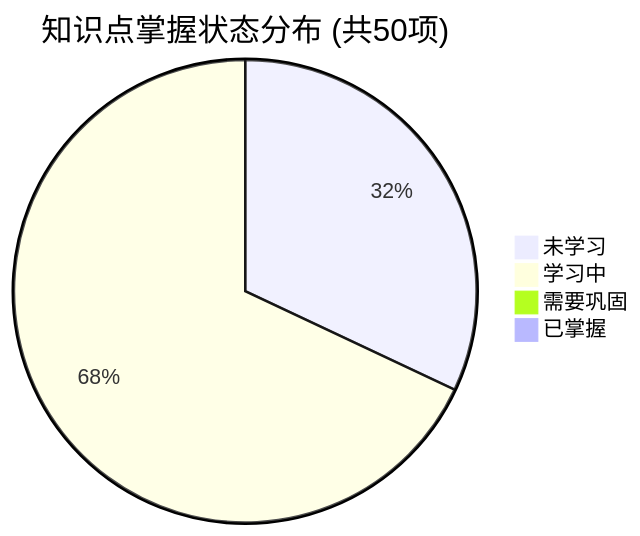
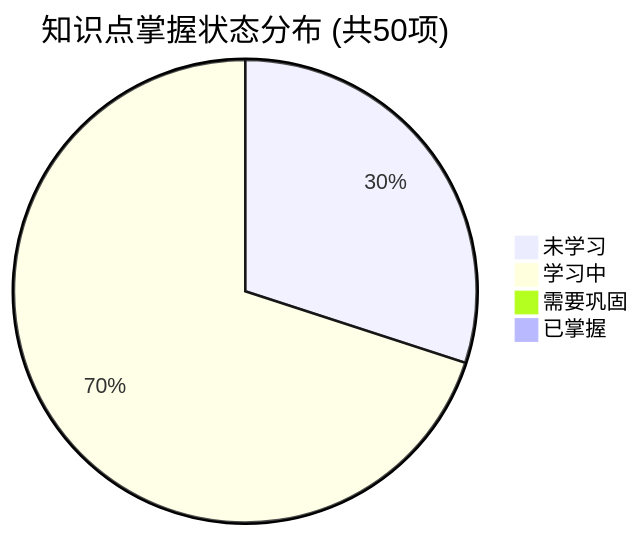
The first of 2 diagrams in PROGRESS.md (tieke1121/tech-interview-knowledge-base), drawn with Mermaid before and after one commit. The commit also changed other lines of this file and 1 other file, not shown here.

````diff
--- a/PROGRESS.md
+++ b/PROGRESS.md
@@ -23,7 +23,7 @@
 ```mermaid
 pie title 知识点掌握状态分布 (共50项)
-    "未学习" : 16
-    "学习中" : 34
+    "未学习" : 15
+    "学习中" : 35
     "需要巩固" : 0
     "已掌握" : 0
 ```
````
